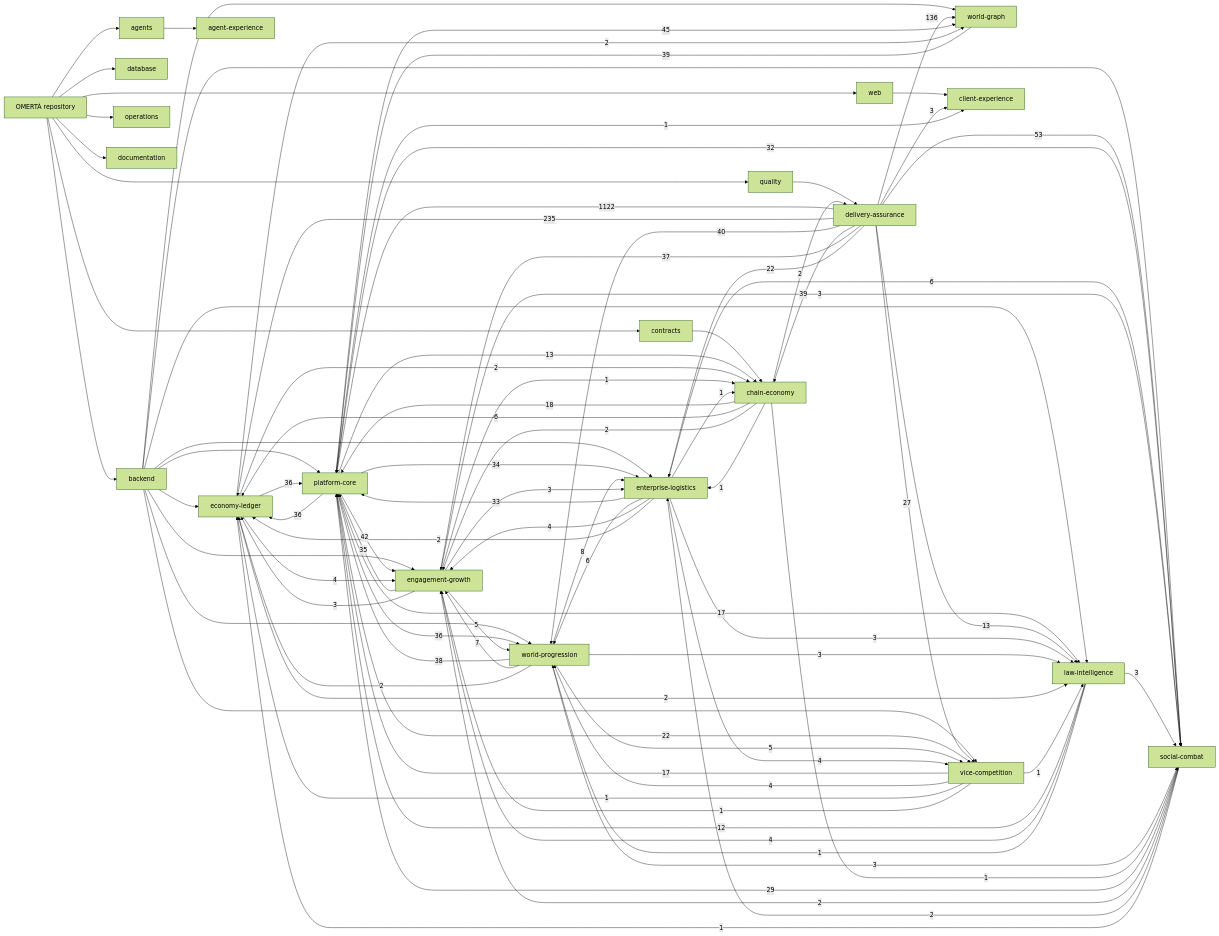
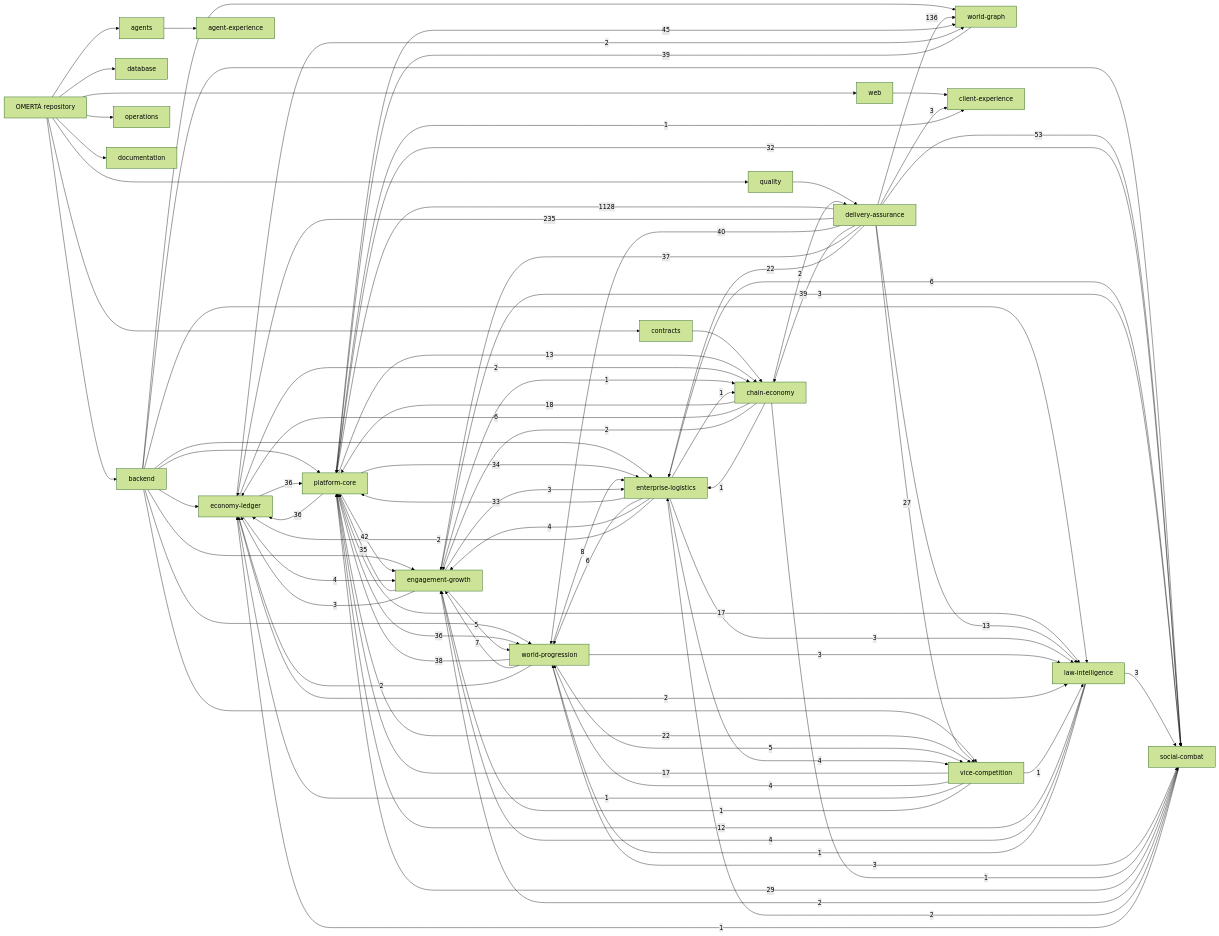
The diagram in knowledge/generated/graph.mmd (OmertaDev/Omerta), drawn with Mermaid (forest theme) before and after one commit. The commit also changed 8 other files, not shown here.

```diff
--- a/knowledge/generated/graph.mmd
+++ b/knowledge/generated/graph.mmd
@@ -1,111 +1,111 @@
 flowchart LR
   repo["OMERTÀ repository"]
   sub_backend["backend"]
   repo --> sub_backend
   sub_database["database"]
   repo --> sub_database
   sub_web["web"]
   repo --> sub_web
   sub_contracts["contracts"]
   repo --> sub_contracts
   sub_agents["agents"]
   repo --> sub_agents
   sub_quality["quality"]
   repo --> sub_quality
   sub_operations["operations"]
   repo --> sub_operations
   sub_documentation["documentation"]
   repo --> sub_documentation
   dom_platform-core["platform-core"]
   dom_economy-ledger["economy-ledger"]
   dom_social-combat["social-combat"]
   dom_world-progression["world-progression"]
   dom_world-graph["world-graph"]
   dom_enterprise-logistics["enterprise-logistics"]
   dom_vice-competition["vice-competition"]
   dom_law-intelligence["law-intelligence"]
   dom_chain-economy["chain-economy"]
   dom_engagement-growth["engagement-growth"]
   dom_client-experience["client-experience"]
   dom_agent-experience["agent-experience"]
   dom_delivery-assurance["delivery-assurance"]
   sub_agents --> dom_agent-experience
   sub_backend --> dom_economy-ledger
   sub_backend --> dom_engagement-growth
   sub_backend --> dom_enterprise-logistics
   sub_backend --> dom_law-intelligence
   sub_backend --> dom_platform-core
   sub_backend --> dom_social-combat
   sub_backend --> dom_vice-competition
   sub_backend --> dom_world-graph
   sub_backend --> dom_world-progression
   sub_contracts --> dom_chain-economy
   sub_quality --> dom_delivery-assurance
   sub_web --> dom_client-experience
-  dom_delivery-assurance -->|1122| dom_platform-core
+  dom_delivery-assurance -->|1128| dom_platform-core
   dom_delivery-assurance -->|235| dom_economy-ledger
   dom_delivery-assurance -->|136| dom_world-graph
   dom_delivery-assurance -->|53| dom_social-combat
   dom_platform-core -->|45| dom_world-graph
   dom_platform-core -->|42| dom_engagement-growth
   dom_delivery-assurance -->|40| dom_world-progression
   dom_delivery-assurance -->|39| dom_chain-economy
   dom_world-graph -->|39| dom_platform-core
   dom_world-progression -->|38| dom_platform-core
   dom_delivery-assurance -->|37| dom_engagement-growth
   dom_economy-ledger -->|36| dom_platform-core
   dom_platform-core -->|36| dom_economy-ledger
   dom_platform-core -->|36| dom_world-progression
   dom_engagement-growth -->|35| dom_platform-core
   dom_platform-core -->|34| dom_enterprise-logistics
   dom_enterprise-logistics -->|33| dom_platform-core
   dom_platform-core -->|32| dom_social-combat
   dom_social-combat -->|29| dom_platform-core
   dom_delivery-assurance -->|27| dom_vice-competition
   dom_delivery-assurance -->|22| dom_enterprise-logistics
   dom_platform-core -->|22| dom_vice-competition
   dom_chain-economy -->|18| dom_platform-core
   dom_platform-core -->|17| dom_law-intelligence
   dom_vice-competition -->|17| dom_platform-core
   dom_delivery-assurance -->|13| dom_law-intelligence
   dom_platform-core -->|13| dom_chain-economy
   dom_law-intelligence -->|12| dom_platform-core
   dom_world-progression -->|8| dom_enterprise-logistics
   dom_world-progression -->|7| dom_engagement-growth
   dom_chain-economy -->|6| dom_economy-ledger
   dom_enterprise-logistics -->|6| dom_social-combat
   dom_enterprise-logistics -->|6| dom_world-progression
   dom_engagement-growth -->|5| dom_world-progression
   dom_world-progression -->|5| dom_vice-competition
   dom_economy-ledger -->|4| dom_engagement-growth
   dom_enterprise-logistics -->|4| dom_engagement-growth
   dom_enterprise-logistics -->|4| dom_vice-competition
   dom_law-intelligence -->|4| dom_engagement-growth
   dom_vice-competition -->|4| dom_world-progression
   dom_delivery-assurance -->|3| dom_client-experience
   dom_engagement-growth -->|3| dom_economy-ledger
   dom_engagement-growth -->|3| dom_enterprise-logistics
   dom_engagement-growth -->|3| dom_social-combat
   dom_enterprise-logistics -->|3| dom_law-intelligence
   dom_law-intelligence -->|3| dom_social-combat
   dom_world-progression -->|3| dom_law-intelligence
   dom_world-progression -->|3| dom_social-combat
   dom_chain-economy -->|2| dom_delivery-assurance
   dom_chain-economy -->|2| dom_engagement-growth
   dom_economy-ledger -->|2| dom_chain-economy
   dom_economy-ledger -->|2| dom_law-intelligence
   dom_economy-ledger -->|2| dom_world-graph
   dom_enterprise-logistics -->|2| dom_economy-ledger
   dom_social-combat -->|2| dom_engagement-growth
   dom_social-combat -->|2| dom_enterprise-logistics
   dom_world-progression -->|2| dom_economy-ledger
   dom_chain-economy -->|1| dom_enterprise-logistics
   dom_chain-economy -->|1| dom_social-combat
   dom_engagement-growth -->|1| dom_chain-economy
   dom_enterprise-logistics -->|1| dom_chain-economy
   dom_law-intelligence -->|1| dom_world-progression
   dom_platform-core -->|1| dom_client-experience
   dom_social-combat -->|1| dom_economy-ledger
   dom_vice-competition -->|1| dom_economy-ledger
   dom_vice-competition -->|1| dom_engagement-growth
   dom_vice-competition -->|1| dom_law-intelligence
```
